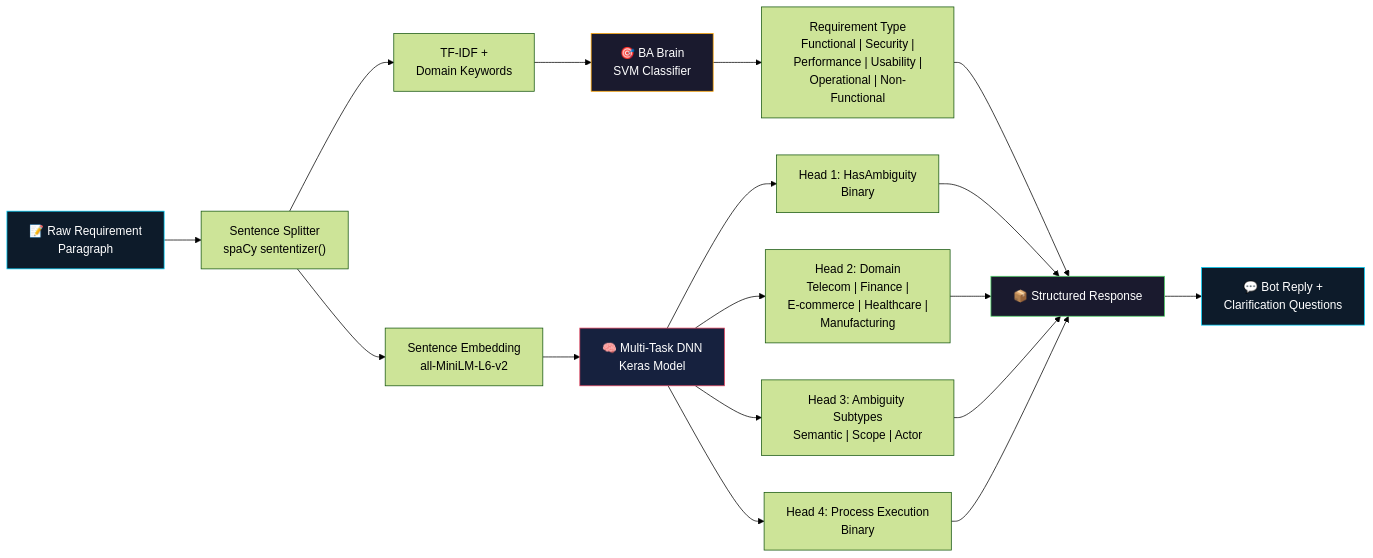
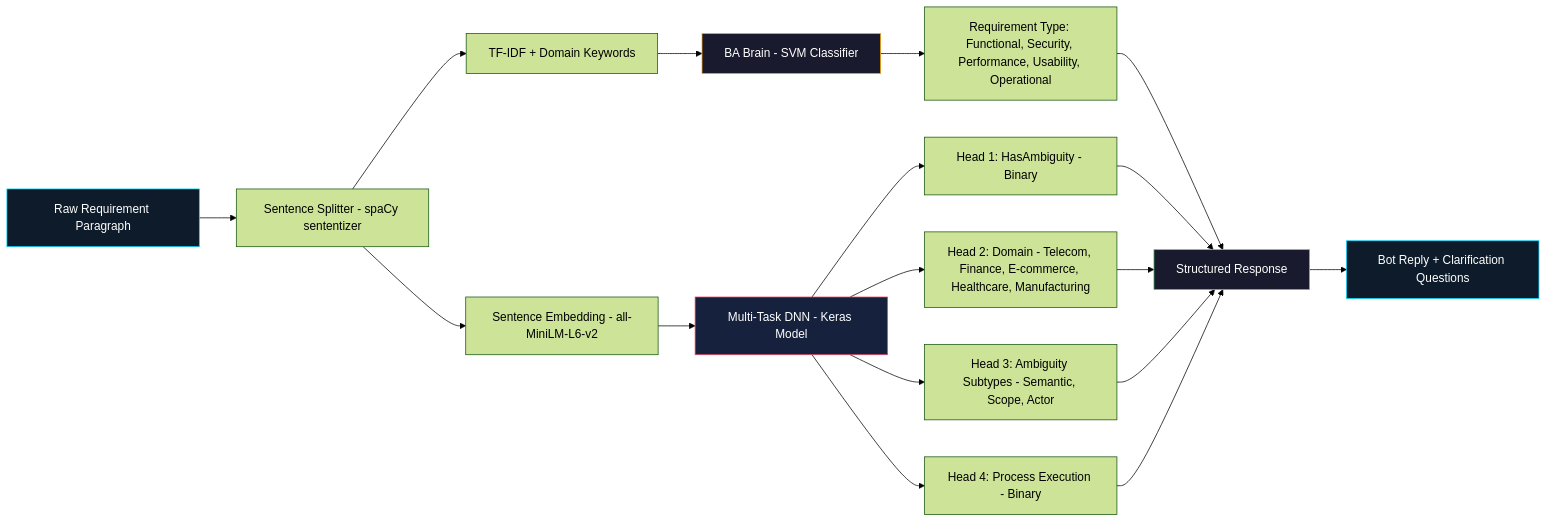
One commit to FahadhCodes/project_AIRES changed the second of 6 diagrams in README.md. Above: the diagram before and after it, drawn with Mermaid (forest theme). The commit also changed other lines of this file, not shown here.

````diff
--- a/README.md
+++ b/README.md
@@ -145,31 +144,31 @@
 ```mermaid
 flowchart LR
-    INPUT["📝 Raw Requirement<br/>Paragraph"] --> SENT["Sentence Splitter<br/>spaCy sententizer()"]
+    INPUT["Raw Requirement Paragraph"] --> SENT["Sentence Splitter - spaCy sententizer"]
 
-    SENT --> BRANCH1["TF-IDF +<br/>Domain Keywords"]
-    SENT --> BRANCH2["Sentence Embedding<br/>all-MiniLM-L6-v2"]
+    SENT --> BRANCH1["TF-IDF + Domain Keywords"]
+    SENT --> BRANCH2["Sentence Embedding - all-MiniLM-L6-v2"]
 
-    BRANCH1 --> SVM["🎯 BA Brain<br/>SVM Classifier"]
-    SVM --> RTYPE["Requirement Type<br/>Functional | Security |<br/>Performance | Usability |<br/>Operational | Non-Functional"]
+    BRANCH1 --> SVM["BA Brain - SVM Classifier"]
+    SVM --> RTYPE["Requirement Type: Functional, Security, Performance, Usability, Operational"]
 
-    BRANCH2 --> DNN["🧠 Multi-Task DNN<br/>Keras Model"]
+    BRANCH2 --> DNN["Multi-Task DNN - Keras Model"]
 
-    DNN --> HEAD1["Head 1: HasAmbiguity<br/>Binary"]
-    DNN --> HEAD2["Head 2: Domain<br/>Telecom | Finance |<br/>E-commerce | Healthcare |<br/>Manufacturing"]
-    DNN --> HEAD3["Head 3: Ambiguity Subtypes<br/>Semantic | Scope | Actor"]
-    DNN --> HEAD4["Head 4: Process Execution<br/>Binary"]
+    DNN --> HEAD1["Head 1: HasAmbiguity - Binary"]
+    DNN --> HEAD2["Head 2: Domain - Telecom, Finance, E-commerce, Healthcare, Manufacturing"]
+    DNN --> HEAD3["Head 3: Ambiguity Subtypes - Semantic, Scope, Actor"]
+    DNN --> HEAD4["Head 4: Process Execution - Binary"]
 
-    RTYPE --> RESPONSE["📦 Structured Response"]
+    RTYPE --> RESPONSE["Structured Response"]
     HEAD1 --> RESPONSE
     HEAD2 --> RESPONSE
     HEAD3 --> RESPONSE
     HEAD4 --> RESPONSE
 
-    RESPONSE --> BOT["💬 Bot Reply +<br/>Clarification Questions"]
+    RESPONSE --> BOT["Bot Reply + Clarification Questions"]
 
     style INPUT fill:#0d1b2a,stroke:#00d4ff,color:#fff
     style SVM fill:#1a1a2e,stroke:#ffa500,color:#fff
     style DNN fill:#16213e,stroke:#e94560,color:#fff
     style RESPONSE fill:#1a1a2e,stroke:#53d769,color:#fff
     style BOT fill:#0d1b2a,stroke:#00d4ff,color:#fff
 ```
````
